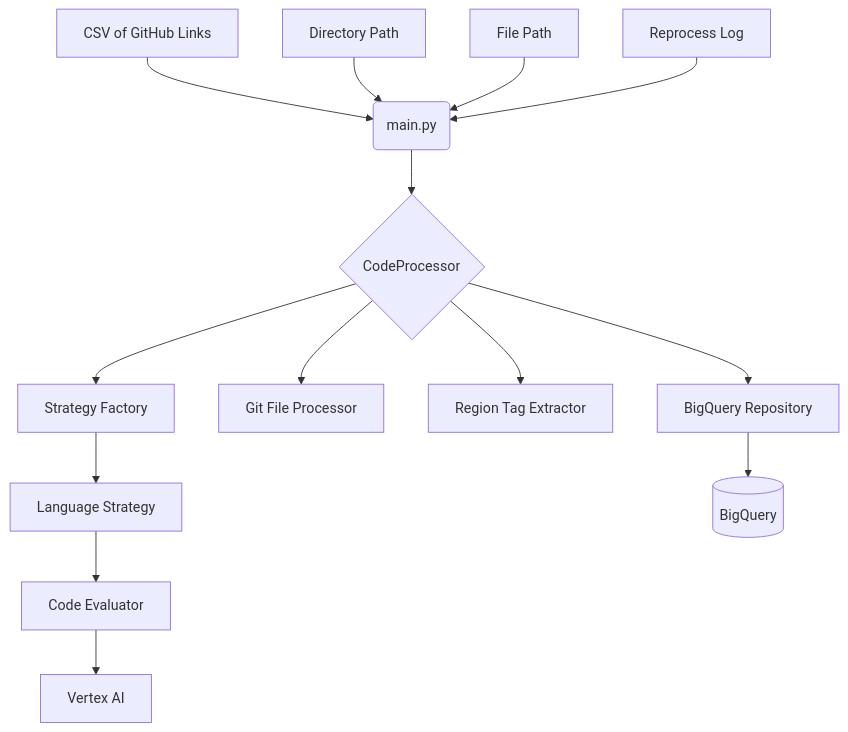
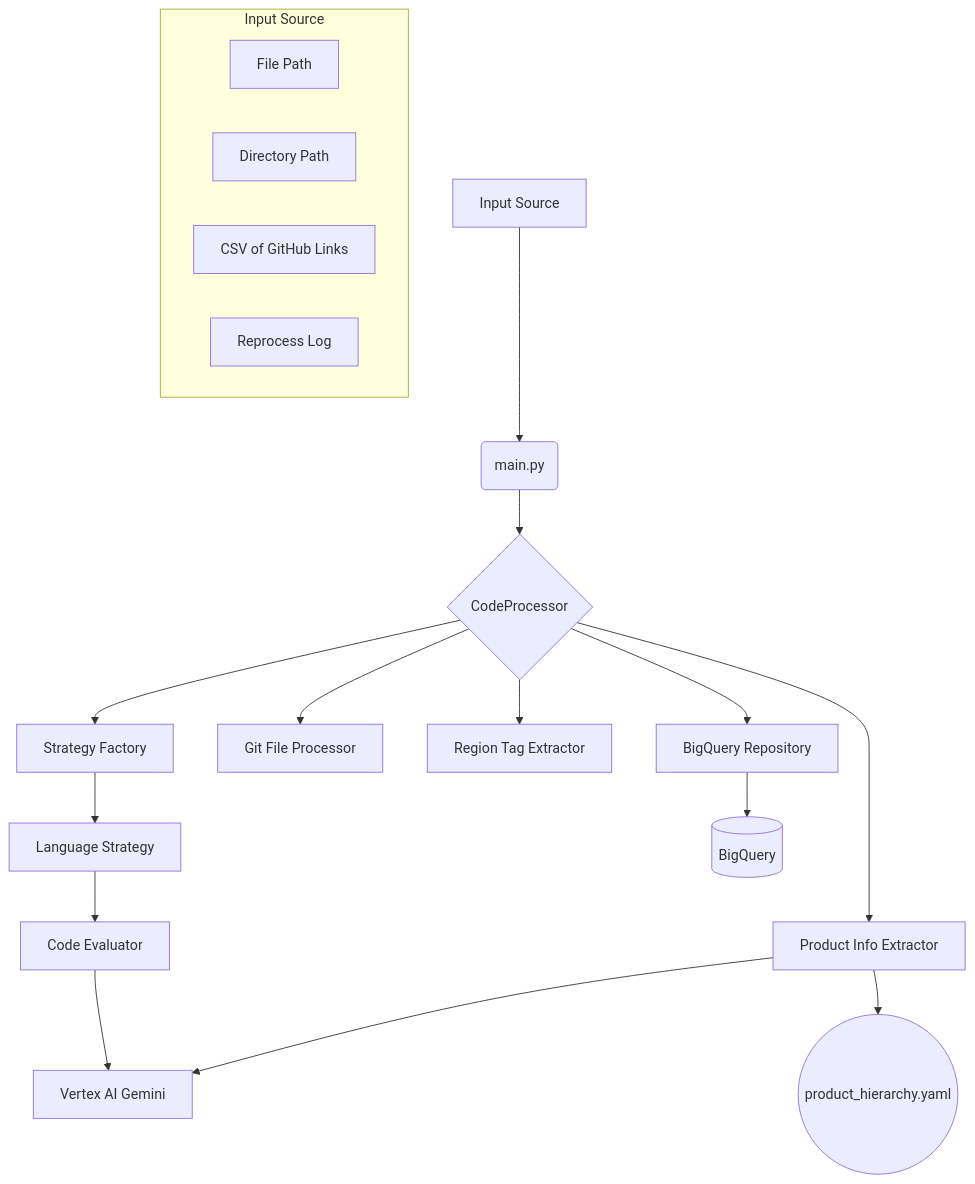
One commit to joeshirey/JSRepoAnalysis changed the first of 2 diagrams in docs/TECHNICAL_DESIGN.md. Above: the diagram before and after it, drawn with Mermaid. The commit also changed other lines of this file and 4 other files, not shown here.

````diff
--- a/docs/TECHNICAL_DESIGN.md
+++ b/docs/TECHNICAL_DESIGN.md
@@ -13,16 +13,27 @@
 ```mermaid
 graph TD
-    A[CSV of GitHub Links] --> B(main.py);
-    C[Directory Path] --> B;
-    D[File Path] --> B;
-    E[Reprocess Log] --> B;
+    A[Input Source] --> B(main.py);
+    subgraph Input Source
+        direction LR
+        C1[File Path];
+        C2[Directory Path];
+        C3[CSV of GitHub Links];
+        C4[Reprocess Log];
+    end
+
     B --> F{CodeProcessor};
     F --> G[Strategy Factory];
     G --> H[Language Strategy];
     H --> I[Code Evaluator];
-    I --> J[Vertex AI];
+    I --> J[Vertex AI Gemini];
+    
     F --> K[Git File Processor];
     F --> L[Region Tag Extractor];
+    
+    F --> P[Product Info Extractor];
+    P --> Q((product_hierarchy.yaml));
+    P --> J;
+
     F --> M[BigQuery Repository];
     M --> N[(BigQuery)];
 ```
````
